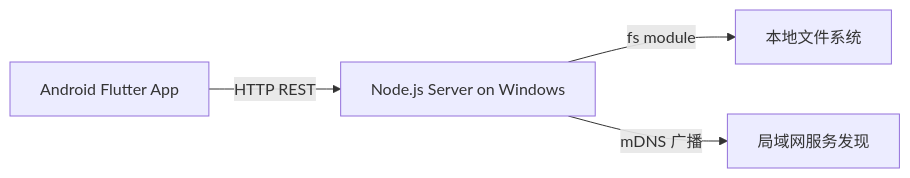
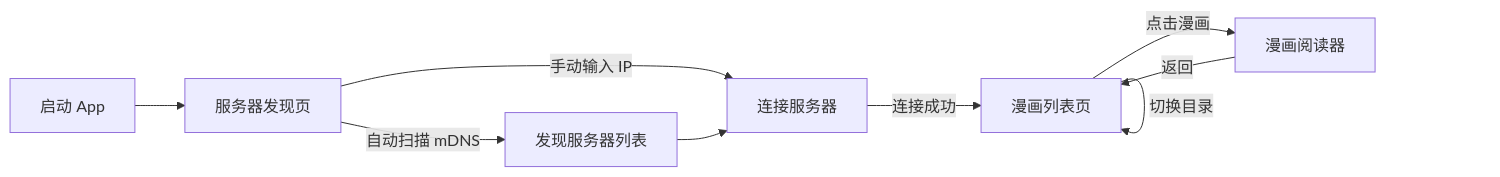
Before and after one commit to oyjjforever/comic-app: the second of 2 diagrams in plans/lan-file-access-plan.md, drawn with Mermaid. The commit also changed other lines of this file and 19 other files, not shown here.

````diff
--- a/plans/lan-file-access-plan.md
+++ b/plans/lan-file-access-plan.md
@@ -62,6 +271,11 @@
 ```mermaid
 flowchart LR
-    A[Android Flutter App] -- HTTP REST --> B[Node.js Server on Windows]
-    B -- fs module --> C[本地文件系统]
-    B -- mDNS 广播 --> D[局域网服务发现]
+    A[启动 App] --> B[服务器发现页]
+    B -- 自动扫描 mDNS --> C[发现服务器列表]
+    B -- 手动输入 IP --> D[连接服务器]
+    C --> D
+    D -- 连接成功 --> E[漫画列表页]
+    E -- 点击漫画 --> F[漫画阅读器]
+    F -- 返回 --> E
+    E -- 切换目录 --> E
 ```
````
